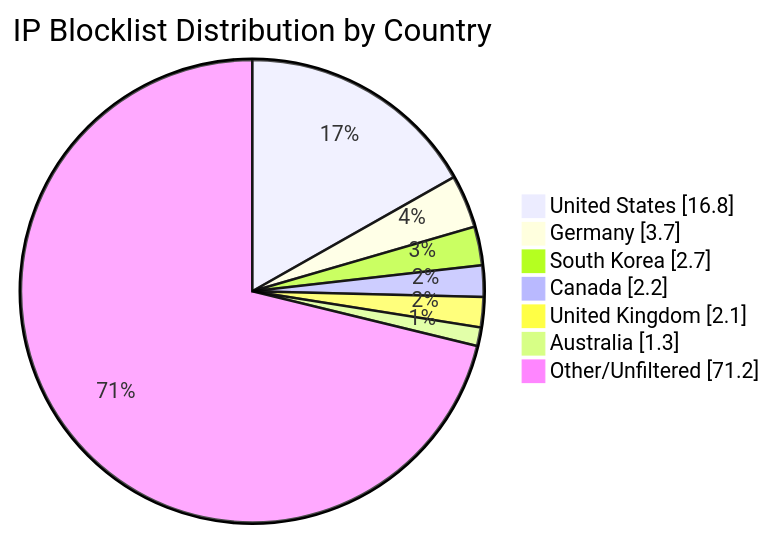
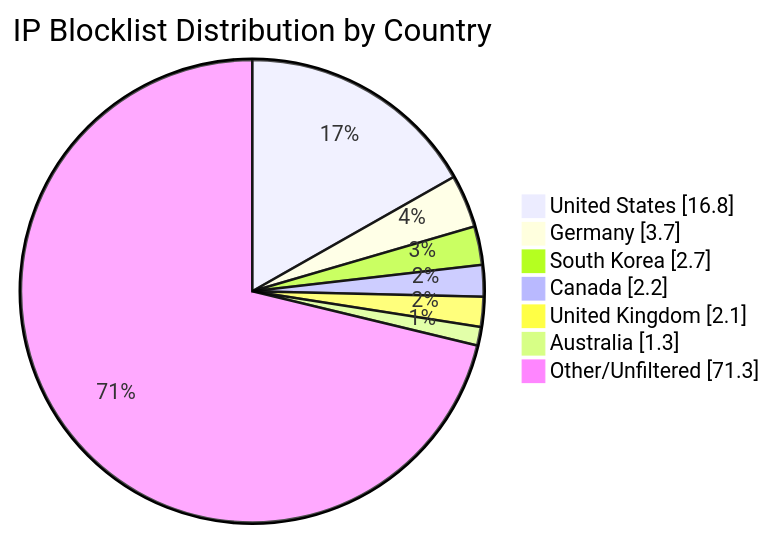
The diagram in README.md (MarcusHoltz/ipblocklist-geofiltered-aggregator), drawn with Mermaid before and after one commit. The commit also changed other lines of this file and 9 other files, not shown here.

````diff
--- a/README.md
+++ b/README.md
@@ -34,10 +34,10 @@
 ```mermaid
 pie showData title IP Blocklist Distribution by Country
 "United States" : 16.8
 "Germany" : 3.7
 "South Korea" : 2.7
 "Canada" : 2.2
 "United Kingdom" : 2.1
 "Australia" : 1.3
-"Other/Unfiltered" : 71.2
+"Other/Unfiltered" : 71.3
 ```
````
